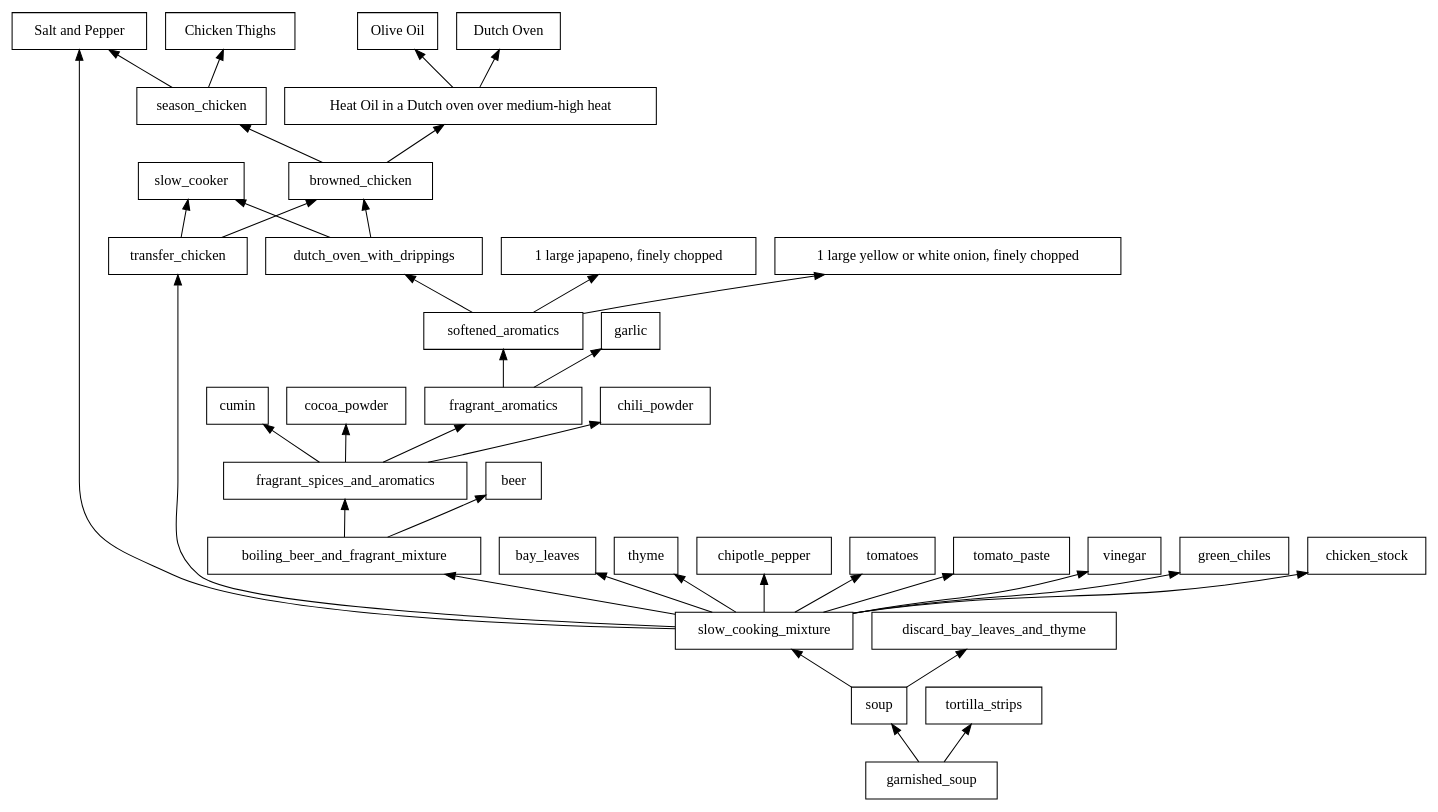
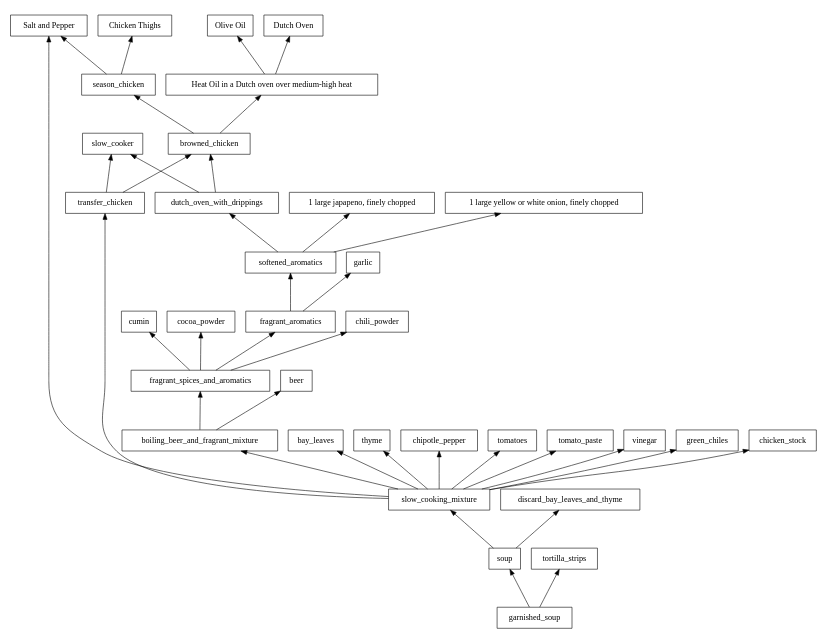
The diagram in serious-eats/slow-cooker-chicken-tortilla-soup/recipe.dot (isaacsanders/recipes-as-dependency-graphs), drawn with Graphviz before and after one commit.

```diff
--- a/serious-eats/slow-cooker-chicken-tortilla-soup/recipe.dot
+++ b/serious-eats/slow-cooker-chicken-tortilla-soup/recipe.dot
@@ -1,22 +1,24 @@
 digraph recipe {
   rankdir=BT;
   node [shape=record];
+  size="11,8.5";
+  ratio="fill";
   olive_oil [label="Olive Oil"];
   dutch_oven [label="Dutch Oven"];
   heat_oil [label="Heat Oil in a Dutch oven over medium-high heat"];
   heat_oil -> olive_oil, dutch_oven;
   salt_and_pepper [label="Salt and Pepper"];
   chicken_thighs [label="Chicken Thighs"];
   season_chicken -> salt_and_pepper, chicken_thighs;
   browned_chicken -> season_chicken, heat_oil;
   dutch_oven_with_drippings, transfer_chicken -> slow_cooker, browned_chicken;
   chopped_onion [label="1 large yellow or white onion, finely chopped"];
   jalapeno [label="1 large japapeno, finely chopped"];
   softened_aromatics -> chopped_onion, jalapeno, dutch_oven_with_drippings;
   fragrant_aromatics -> softened_aromatics, garlic;
   fragrant_spices_and_aromatics -> fragrant_aromatics, chili_powder, cumin, cocoa_powder;
   boiling_beer_and_fragrant_mixture -> fragrant_spices_and_aromatics, beer;
   slow_cooking_mixture -> transfer_chicken, boiling_beer_and_fragrant_mixture, bay_leaves, thyme, chipotle_pepper, tomatoes, tomato_paste, vinegar, green_chiles, chicken_stock, salt_and_pepper;
   soup -> discard_bay_leaves_and_thyme, slow_cooking_mixture;
   garnished_soup -> soup, tortilla_strips;
 }
```
